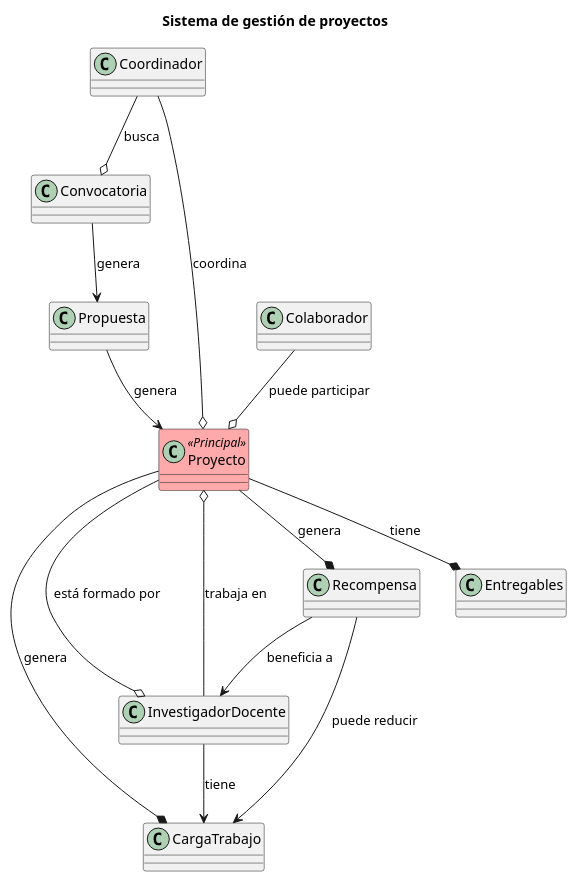
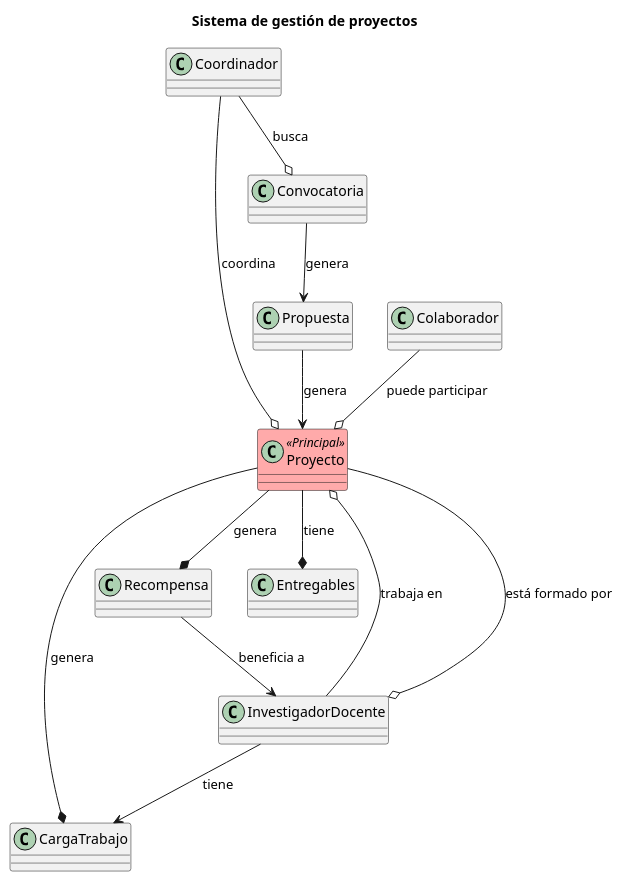
One commit to 31Diego/25-26-IdSw1-SdR changed the diagram in documentación/ModeloDelDominio/Diagramas/Clases/DiagramaClasesProyecto.puml. Above: the diagram before and after it, drawn with PlantUML. The commit also changed 5 other files, not shown here.

Commit message:
ajuste de relación entre entidades del diagrama de clases de la gestion de proyectos + creacion de diagrama de objetos que implementa la gestion de proyectos

```diff
--- a/documentación/ModeloDelDominio/Diagramas/Clases/DiagramaClasesProyecto.puml
+++ b/documentación/ModeloDelDominio/Diagramas/Clases/DiagramaClasesProyecto.puml
@@ -1,92 +1,92 @@
 @startuml DiagramaClasesProyecto
 
 title: Sistema de gestión de proyectos
 
 
 class Proyecto <<Principal>> #FFAAAA{
 
 }
 
 class Convocatoria{
 
 }
 
 class Propuesta{
 
 }
 
 
 
 
 
 class InvestigadorDocente{
 
 }
 
 class Coordinador{
 
 }
 
 
 class Colaborador{
 
 }
 
 
 
 
 
 
 class CargaTrabajo{
 
 }
 
 class Entregables{
 
 }
 
 class Recompensa{
 
 }
 
 
 
 Convocatoria --> Propuesta: genera
 Propuesta --> Proyecto: genera
 
 Proyecto --o InvestigadorDocente: está formado por
 Proyecto --* Entregables: tiene
 Proyecto --* CargaTrabajo: genera
 Proyecto --* Recompensa: genera
 
 Coordinador --o Proyecto: coordina
 Coordinador --o Convocatoria: busca
 
 
 
 Colaborador --o Proyecto: puede participar
 
 InvestigadorDocente --> CargaTrabajo: tiene
 InvestigadorDocente --o Proyecto: trabaja en
 
 Recompensa --> InvestigadorDocente: beneficia a
-Recompensa --> CargaTrabajo: puede reducir
+
 
 
 
 
 
 
 
 
 
 
 
 
 
 
 
 
 
 
 @enduml
```
